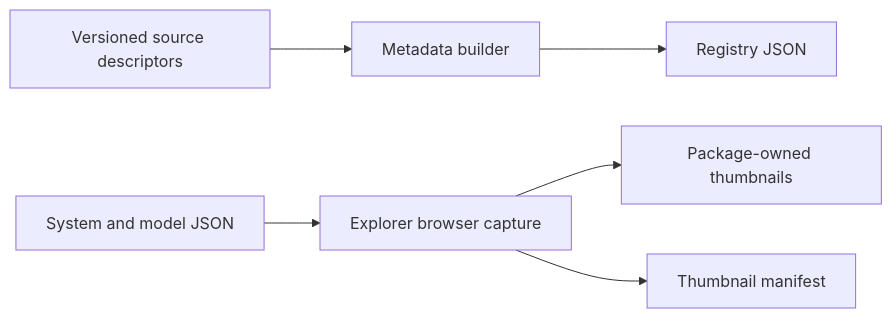
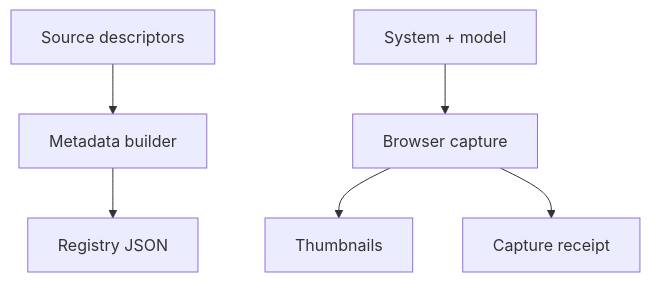
Before and after one commit to Valpatel/cad-agent: the diagram in software/cadagent/webkit/scada/sim/metadata/README.md, drawn with Mermaid. The commit also changed 27 other files, not shown here.

````diff
--- a/software/cadagent/webkit/scada/sim/metadata/README.md
+++ b/software/cadagent/webkit/scada/sim/metadata/README.md
@@ -16,8 +16,8 @@
 ```mermaid
-flowchart LR
-  Registry[Versioned source descriptors] --> Builder[Metadata builder]
-  Builder --> JSON[Registry JSON]
-  Pair[System and model JSON] --> Capture[Explorer browser capture]
-  Capture --> Images[Package-owned thumbnails]
-  Capture --> Receipt[Thumbnail manifest]
+flowchart TD
+  Registry["Source descriptors"] --> Builder["Metadata builder"]
+  Builder --> JSON["Registry JSON"]
+  Pair["System + model"] --> Capture["Browser capture"]
+  Capture --> Images["Thumbnails"]
+  Capture --> Receipt["Capture receipt"]
 ```
````
